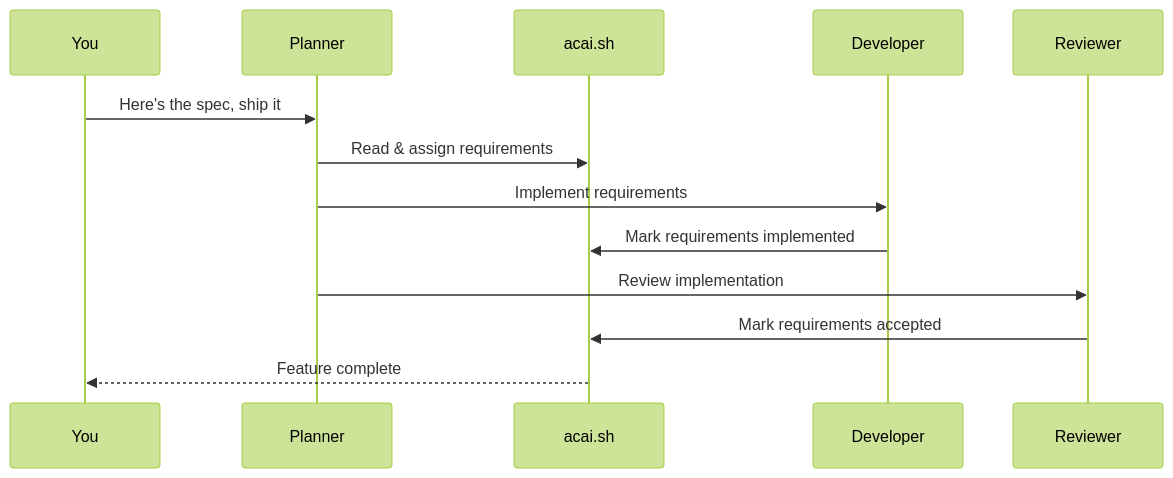
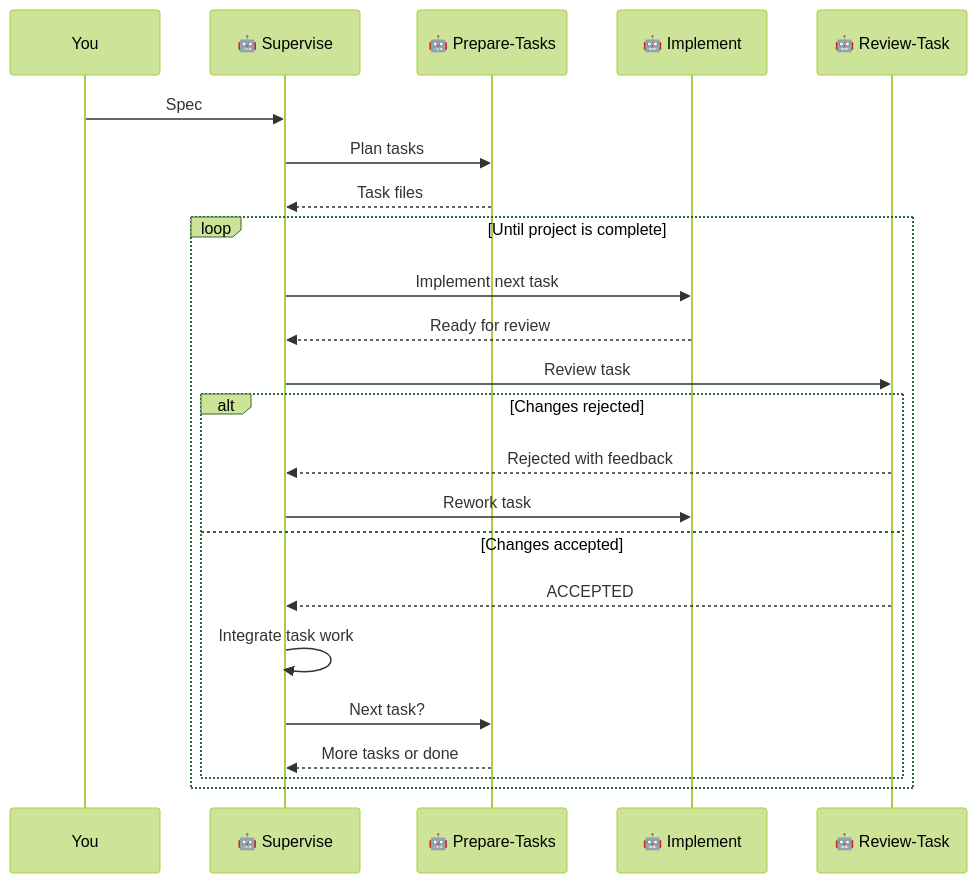
The diagram in agents.mdx (acai-sh/docs), drawn with Mermaid (forest theme) before and after one commit. The commit also changed other lines of this file and 18 other files, not shown here.

````diff
--- a/agents.mdx
+++ b/agents.mdx
@@ -22,16 +37,28 @@
 ```mermaid
 sequenceDiagram
     participant U as You
-    participant P as Planner
-    participant A as acai.sh
-    participant D as Developer
-    participant R as Reviewer
+    participant S as 🤖 Supervise
+    participant T as 🤖 Prepare-Tasks
+    participant D as 🤖 Implement
+    participant R as 🤖 Review-Task
 
-    U->>P: Here's the spec, ship it
-    P->>A: Read & assign requirements
-    P->>D: Implement requirements
-    D->>A: Mark requirements implemented
-    P->>R: Review implementation
-    R->>A: Mark requirements accepted
-    A-->>U: Feature complete
+    U->>S: Spec
+    S->>T: Plan tasks
+    T-->>S: Task files
+
+    loop Until project is complete
+        S->>D: Implement next task
+        D-->>S: Ready for review
+        S->>R: Review task
+
+        alt Changes rejected
+            R-->>S: Rejected with feedback
+            S->>D: Rework task
+        else Changes accepted
+            R-->>S: ACCEPTED
+            S->>S: Integrate task work
+            S->>T: Next task?
+            T-->>S: More tasks or done
+        end
+    end
 ```
````
